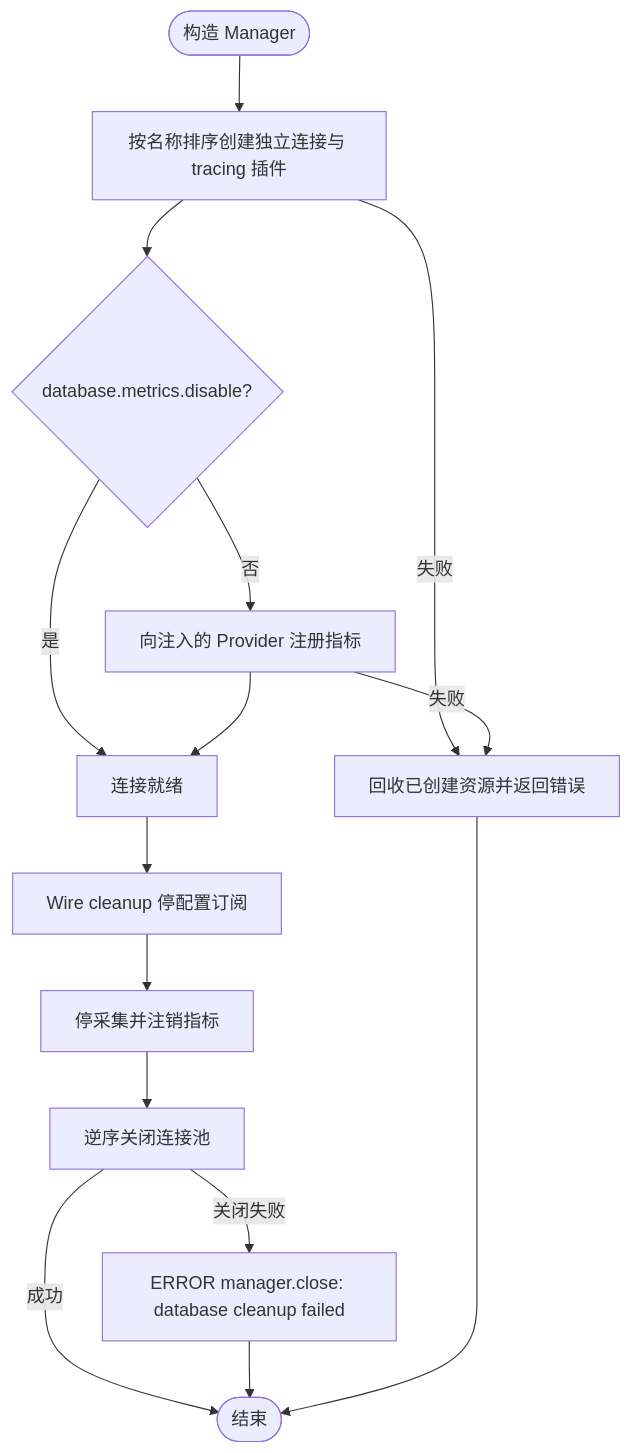
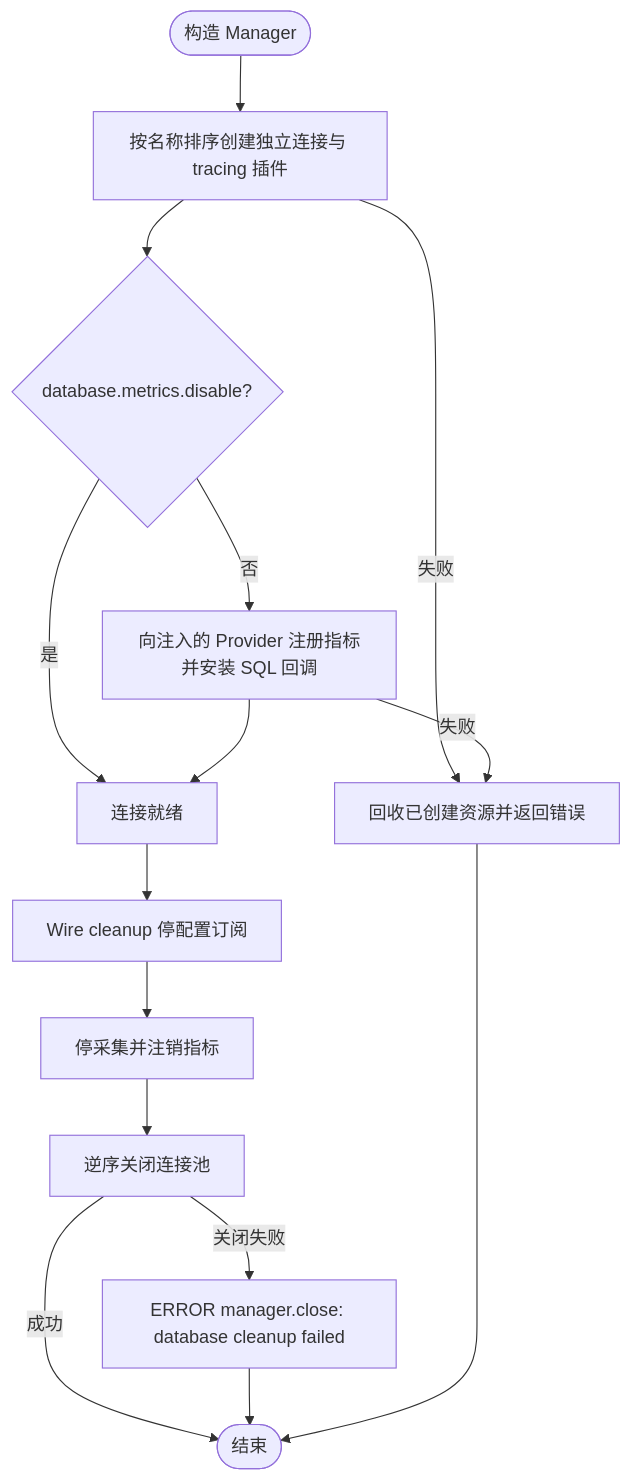
Before and after one commit to jaggerzhuang1994/kratos-foundation: the sixth of 7 diagrams in pkg/database/README.md, drawn with Mermaid. The commit also changed other lines of this file and 229 other files, not shown here.

````diff
--- a/pkg/database/README.md
+++ b/pkg/database/README.md
@@ -162,17 +200,17 @@
 ```mermaid
 flowchart TD
     A([构造 Manager]) --> B[按名称排序创建独立连接与 tracing 插件]
     B --> C{database.metrics.disable?}
-    C -- 否 --> D[向注入的 Provider 注册指标]
+    C -- 否 --> D[向注入的 Provider 注册指标并安装 SQL 回调]
     C -- 是 --> E[连接就绪]
     D --> E
     B -- 失败 --> F[回收已创建资源并返回错误]
     D -- 失败 --> F
     E --> G[Wire cleanup 停配置订阅]
     G --> H[停采集并注销指标]
     H --> I[逆序关闭连接池]
     I -- 关闭失败 --> J[ERROR manager.close: database cleanup failed]
     I -- 成功 --> K([结束])
     J --> K
     F --> K
 ```
````
